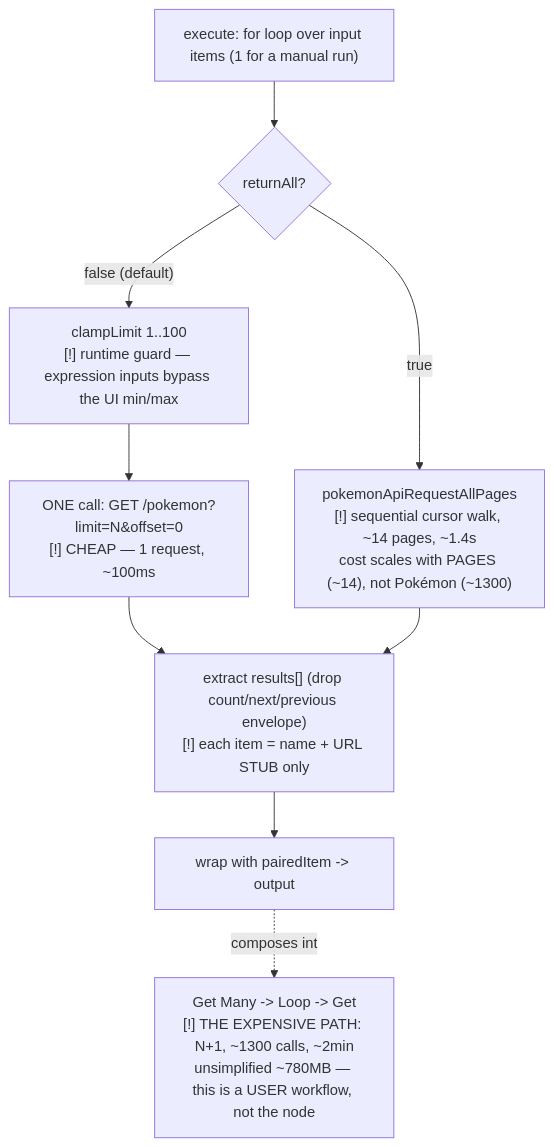
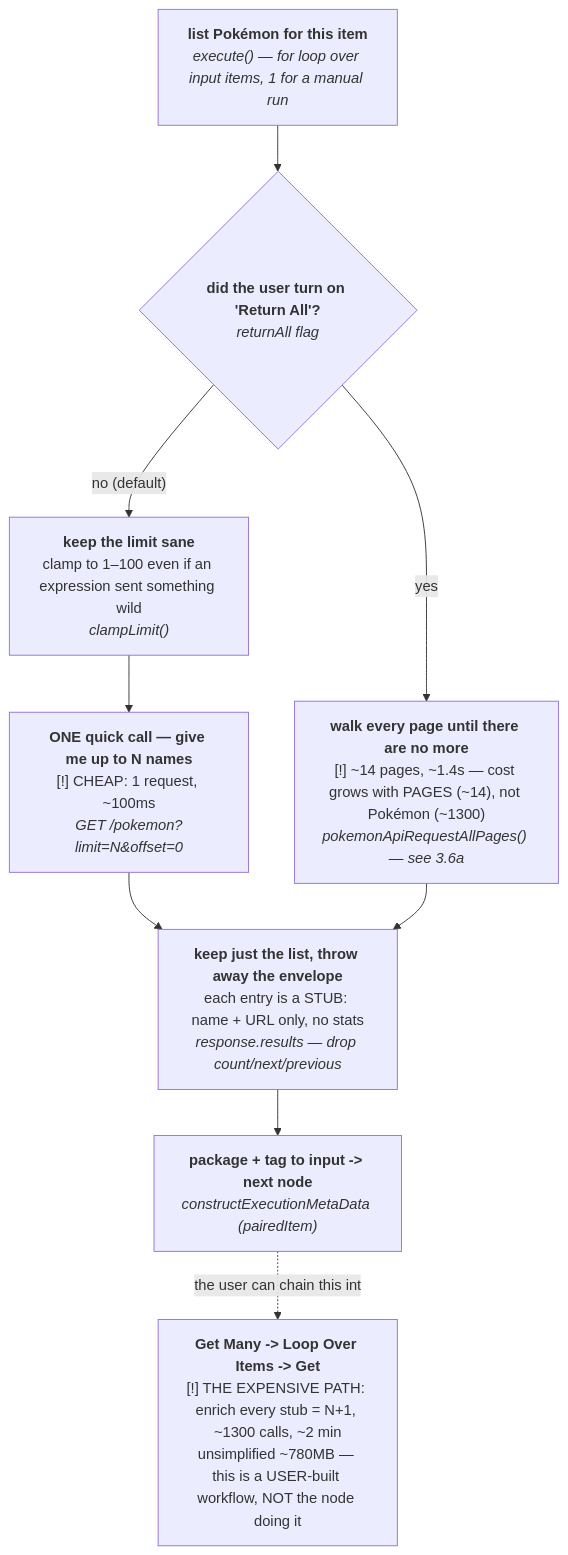
One commit to colabug/n8n changed the sixth of 9 diagrams in docs/CODING-DEBRIEF.md. Above: the diagram before and after it, drawn with Mermaid. The commit also changed other lines of this file, not shown here.

First line of the commit message:
docs: make Get Many diagram readable + add pagination "when to stop" deep dive

````diff
--- a/docs/CODING-DEBRIEF.md
+++ b/docs/CODING-DEBRIEF.md
@@ -273,12 +276,12 @@
 ```mermaid
 flowchart TD
-    A["execute: for loop over input items (1 for a manual run)"] --> B{"returnAll?"}
-    B -->|"false (default)"| C["clampLimit 1..100<br/>[!] runtime guard — expression inputs bypass the UI min/max"]
-    C --> D["ONE call: GET /pokemon?limit=N&offset=0<br/>[!] CHEAP — 1 request, ~100ms"]
-    B -->|"true"| E["pokemonApiRequestAllPages<br/>[!] sequential cursor walk, ~14 pages, ~1.4s<br/>cost scales with PAGES (~14), not Pokémon (~1300)"]
-    D --> F["extract results[] (drop count/next/previous envelope)<br/>[!] each item = name + URL STUB only"]
+    A["<b>list Pokémon for this item</b><br/><i>execute() — for loop over input items, 1 for a manual run</i>"] --> B{"<b>did the user turn on 'Return All'?</b><br/><i>returnAll flag</i>"}
+    B -->|"no (default)"| C["<b>keep the limit sane</b><br/>clamp to 1–100 even if an expression sent something wild<br/><i>clampLimit()</i>"]
+    C --> D["<b>ONE quick call — give me up to N names</b><br/>[!] CHEAP: 1 request, ~100ms<br/><i>GET /pokemon?limit=N&offset=0</i>"]
+    B -->|"yes"| E["<b>walk every page until there are no more</b><br/>[!] ~14 pages, ~1.4s — cost grows with PAGES (~14), not Pokémon (~1300)<br/><i>pokemonApiRequestAllPages() — see 3.6a</i>"]
+    D --> F["<b>keep just the list, throw away the envelope</b><br/>each entry is a STUB: name + URL only, no stats<br/><i>response.results — drop count/next/previous</i>"]
     E --> F
-    F --> G["wrap with pairedItem -> output"]
+    F --> G["<b>package + tag to input -> next node</b><br/><i>constructExecutionMetaData (pairedItem)</i>"]
 
-    G -.composes into.-> N["Get Many -> Loop -> Get<br/>[!] THE EXPENSIVE PATH: N+1, ~1300 calls, ~2min<br/>unsimplified ~780MB — this is a USER workflow, not the node"]
+    G -.the user can chain this into.-> N["<b>Get Many -> Loop Over Items -> Get</b><br/>[!] THE EXPENSIVE PATH: enrich every stub = N+1, ~1300 calls, ~2 min<br/>unsimplified ~780MB — this is a USER-built workflow, NOT the node doing it"]
 ```
````
